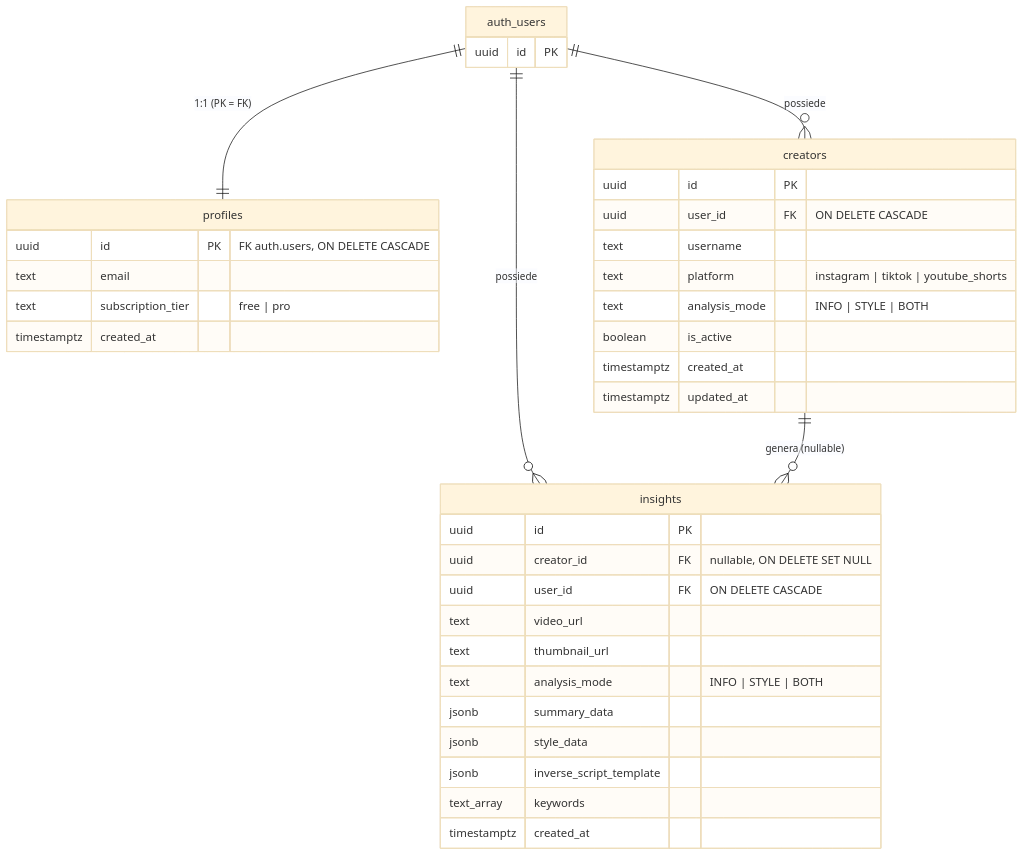
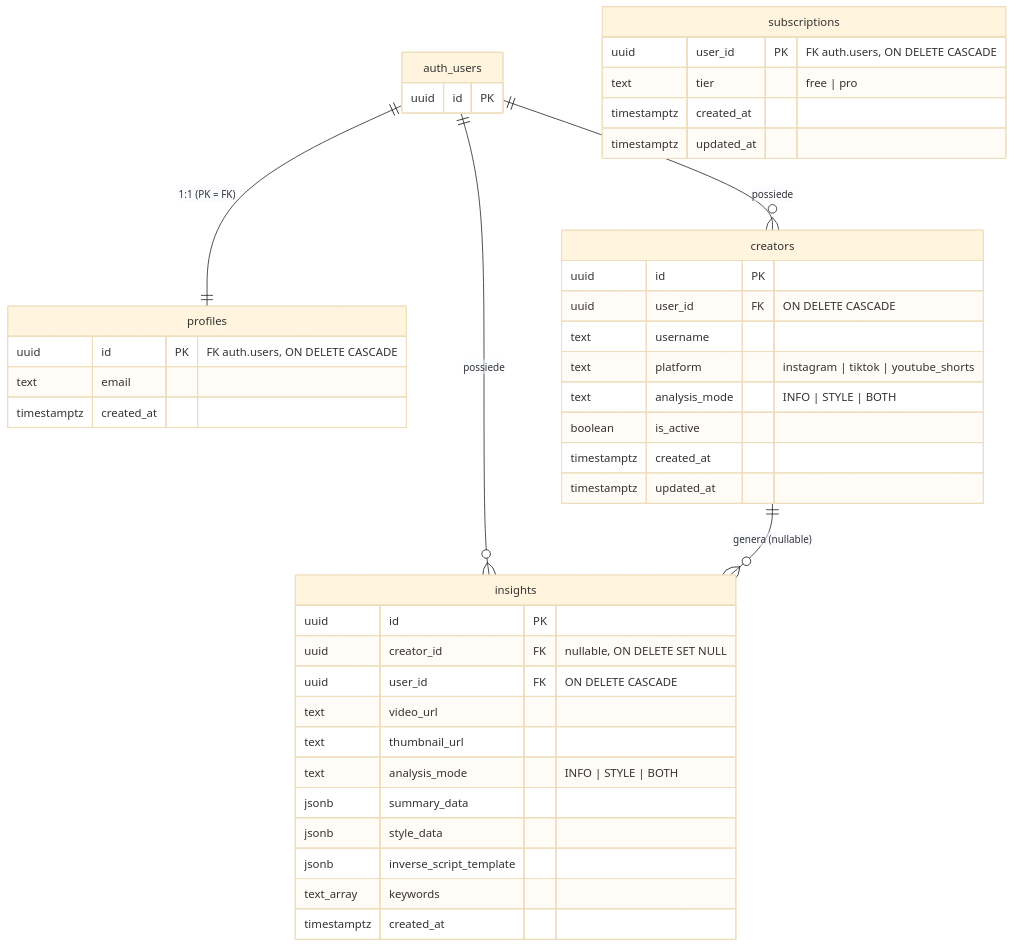
One commit to finee24/PicoX changed the diagram in README.md. Above: the diagram before and after it, drawn with Mermaid (base theme). The commit also changed other lines of this file and 4 other files, not shown here.

First line of the commit message:
Subscription architecture: lo stato di pagamento esce da profiles (A1 + A2)

````diff
--- a/README.md
+++ b/README.md
@@ -318,40 +318,45 @@
 ```mermaid
 erDiagram
     auth_users ||--|| profiles  : "1:1 (PK = FK)"
     auth_users ||--o{ creators  : "possiede"
     auth_users ||--o{ insights  : "possiede"
     creators   ||--o{ insights  : "genera (nullable)"
 
     auth_users {
         uuid id PK
     }
     profiles {
         uuid id PK "FK auth.users, ON DELETE CASCADE"
         text email
-        text subscription_tier "free | pro"
         timestamptz created_at
+    }
+    subscriptions {
+        uuid user_id PK "FK auth.users, ON DELETE CASCADE"
+        text tier "free | pro"
+        timestamptz created_at
+        timestamptz updated_at
     }
     creators {
         uuid id PK
         uuid user_id FK "ON DELETE CASCADE"
         text username
         text platform "instagram | tiktok | youtube_shorts"
         text analysis_mode "INFO | STYLE | BOTH"
         boolean is_active
         timestamptz created_at
         timestamptz updated_at
     }
     insights {
         uuid id PK
         uuid creator_id FK "nullable, ON DELETE SET NULL"
         uuid user_id FK "ON DELETE CASCADE"
         text video_url
         text thumbnail_url
         text analysis_mode "INFO | STYLE | BOTH"
         jsonb summary_data
         jsonb style_data
         jsonb inverse_script_template
         text_array keywords
         timestamptz created_at
     }
 ```
````
